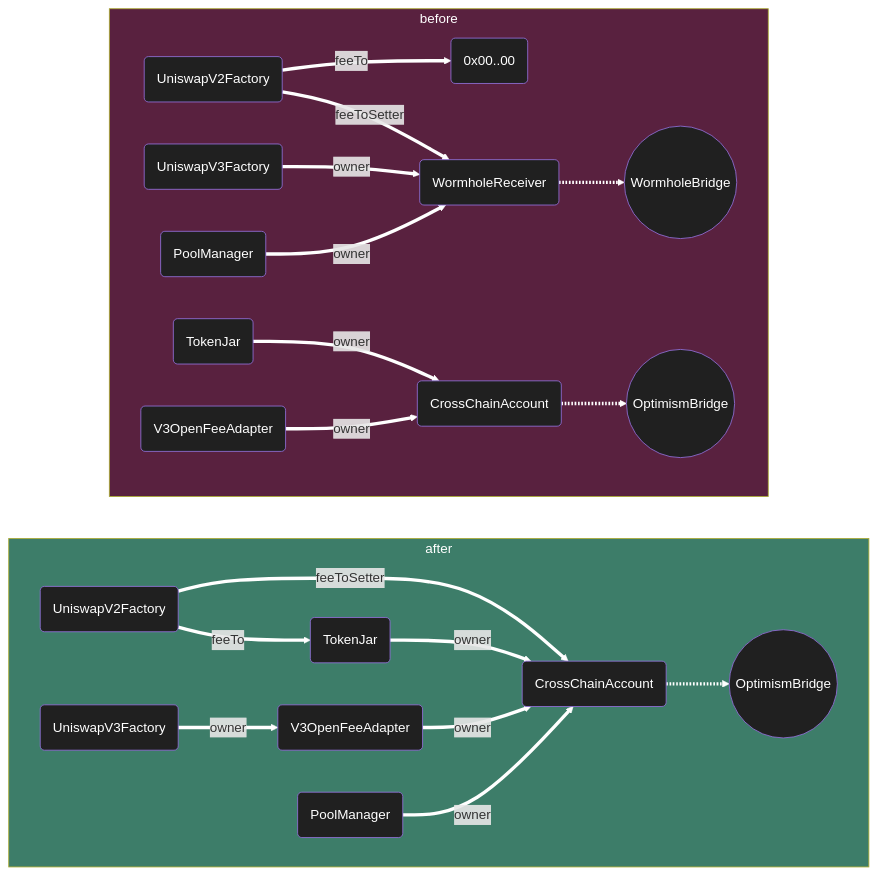
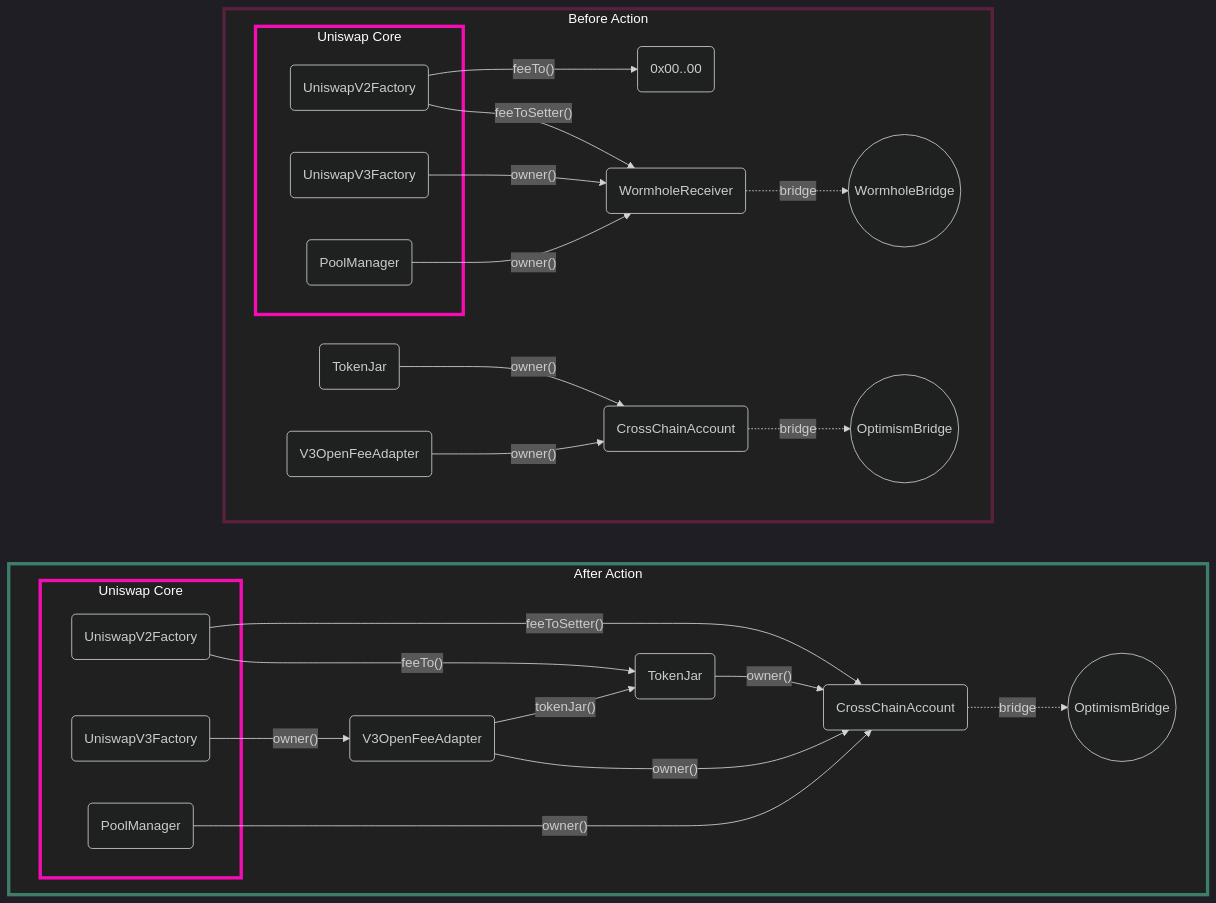
One commit to Uniswap/protocol-fees changed the seventh of 9 diagrams in script/proposal-4/Index.md. Above: the diagram before and after it, drawn with Mermaid. The commit also changed other lines of this file and 1 other file, not shown here.

````diff
--- a/script/proposal-4/Index.md
+++ b/script/proposal-4/Index.md
@@ -600,57 +892,78 @@
 ```mermaid
+---
+config:
+    theme: 'dark'
+---
 flowchart LR
-    subgraph after
+    subgraph after[After Action]
         direction LR
 
         A_UniswapV2Factory(UniswapV2Factory)
         A_UniswapV3Factory(UniswapV3Factory)
         A_PoolManager(PoolManager)
         A_TokenJar(TokenJar)
         A_CrossChainAccount(CrossChainAccount)
         A_V3OpenFeeAdapter(V3OpenFeeAdapter)
         A_OptimismBridge((OptimismBridge))
 
-        A_UniswapV2Factory -->|feeTo| A_TokenJar
-        A_UniswapV2Factory -->|feeToSetter| A_CrossChainAccount
-        A_UniswapV3Factory -->|owner| A_V3OpenFeeAdapter
-        A_TokenJar -->|owner| A_CrossChainAccount
-        A_V3OpenFeeAdapter -->|owner| A_CrossChainAccount
-        A_PoolManager -->|owner| A_CrossChainAccount
+        subgraph A_Core[Uniswap Core]
+            A_UniswapV2Factory
+            A_UniswapV3Factory
+            A_PoolManager
+        end
 
-        A_CrossChainAccount -.-> A_OptimismBridge
+        A_UniswapV2Factory -->|"feeTo()"| A_TokenJar
+        A_UniswapV2Factory -->|"feeToSetter()"| A_CrossChainAccount
+
+        A_UniswapV3Factory -->|"owner()"| A_V3OpenFeeAdapter
+        A_V3OpenFeeAdapter -->|"owner()"| A_CrossChainAccount
+        A_V3OpenFeeAdapter -->|"tokenJar()"| A_TokenJar
+
+        A_PoolManager -->|"owner()"| A_CrossChainAccount
+
+        A_TokenJar -->|"owner()"| A_CrossChainAccount
+
+        A_CrossChainAccount -.->|"bridge"| A_OptimismBridge
 
     end
 
-    subgraph before
+    subgraph before[Before Action]
         direction LR
 
         B_UniswapV2Factory(UniswapV2Factory)
         B_UniswapV3Factory(UniswapV3Factory)
         B_PoolManager(PoolManager)
         B_TokenJar(TokenJar)
         B_CrossChainAccount(CrossChainAccount)
         B_V3OpenFeeAdapter(V3OpenFeeAdapter)
         B_WormholeReceiver(WormholeReceiver)
+        B_Z(0x00..00)
         B_WormholeBridge((WormholeBridge))
         B_OptimismBridge((OptimismBridge))
-        B_Z(0x00..00)
 
-        B_UniswapV2Factory -->|feeTo| B_Z
-        B_UniswapV2Factory -->|feeToSetter| B_WormholeReceiver
-        B_UniswapV3Factory -->|owner| B_WormholeReceiver
-        B_PoolManager -->|owner| B_WormholeReceiver
-        B_TokenJar -->|owner| B_CrossChainAccount
-        B_V3OpenFeeAdapter -->|owner| B_CrossChainAccount
+        subgraph B_Core[Uniswap Core]
+            B_UniswapV2Factory
+            B_UniswapV3Factory
+            B_PoolManager
+        end
 
-        B_WormholeReceiver -.-> B_WormholeBridge
-        B_CrossChainAccount -.-> B_OptimismBridge
+        B_UniswapV2Factory -->|"feeTo()"| B_Z
+        B_UniswapV2Factory -->|"feeToSetter()"| B_WormholeReceiver
+        B_UniswapV3Factory -->|"owner()"| B_WormholeReceiver
+        B_PoolManager -->|"owner()"| B_WormholeReceiver
+        B_TokenJar -->|"owner()"| B_CrossChainAccount
+        B_V3OpenFeeAdapter -->|"owner()"| B_CrossChainAccount
+
+        B_WormholeReceiver -.->|"bridge"| B_WormholeBridge
+        B_CrossChainAccount -.->|"bridge"| B_OptimismBridge
     end
 
     before:::before
     after:::after
+    A_Core:::core
+    B_Core:::core
 
-    linkStyle default stroke:#fff,stroke-width:4px
-    classDef default fill:#202020,color:#fff
-    classDef before fill:#59213f,color:#fff
-    classDef after fill:#3d7d69,color:#fff
+    classDef before fill:#202020,color:#fff,stroke:#59213f,stroke-width:4
+    classDef after fill:#202020,color:#fff,stroke:#3d7d69,stroke-width:4
+    classDef core fill:#202020,color:#fff,stroke:#f50db4,stroke-width:4
 ```
````
